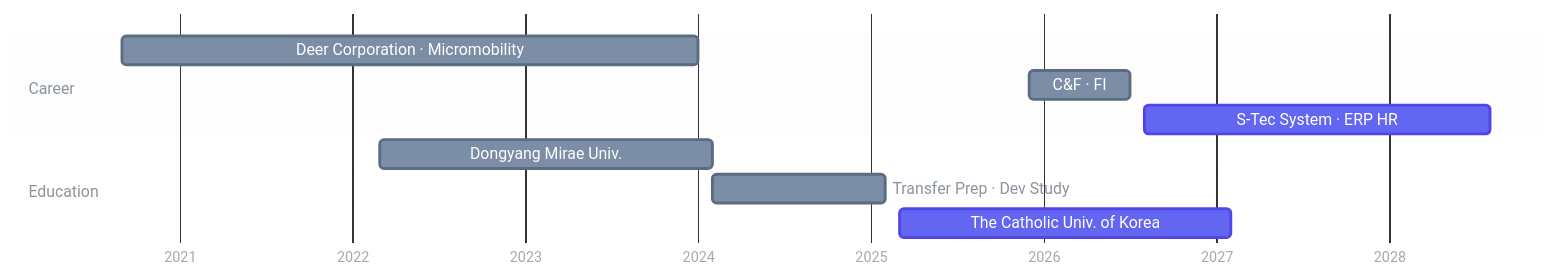
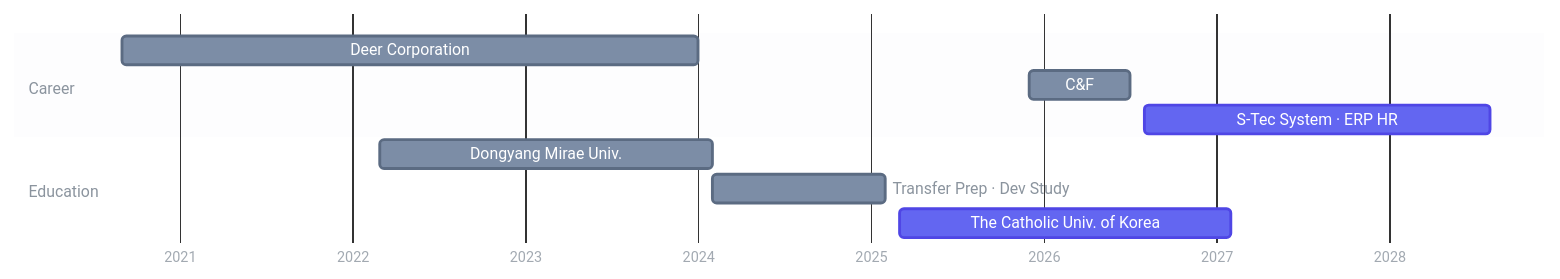
Before and after one commit to Hwasowl/Hwasowl: the diagram in README.md, drawn with Mermaid.

````diff
--- a/README.md
+++ b/README.md
@@ -15,32 +15,32 @@
 ```mermaid
 %%{init: {'theme':'base', 'themeVariables': {
   'fontFamily': '-apple-system, Segoe UI, sans-serif',
   'sectionBkgColor': 'rgba(139,148,158,0.08)',
   'altSectionBkgColor': 'rgba(139,148,158,0.02)',
   'gridColor': 'rgba(139,148,158,0.35)',
   'doneTaskBkgColor': '#7C8DA6',
   'doneTaskBorderColor': '#5B6B82',
   'activeTaskBkgColor': '#6366F1',
   'activeTaskBorderColor': '#4F46E5',
   'taskTextColor': '#FFFFFF',
   'taskTextDarkColor': '#FFFFFF',
   'taskTextLightColor': '#FFFFFF',
   'taskTextOutsideColor': '#8B949E',
   'sectionTitleColor': '#8B949E',
   'titleColor': '#8B949E',
   'textColor': '#8B949E',
   'todayLineColor': '#F43F5E'
 }}}%%
 gantt
     dateFormat YYYY-MM
     axisFormat %Y
     tickInterval 1year
     section Career
-    Deer Corporation · Micromobility  :done,   2020-09, 2024-01
-    C&F · FI                          :done,   2025-12, 2026-07
+    Deer Corporation  :done,   2020-09, 2024-01
+    C&F                          :done,   2025-12, 2026-07
     S-Tec System · ERP HR             :active, 2026-08, 2028-08
     section Education
     Dongyang Mirae Univ. :done,   2022-03, 2024-02
     Transfer Prep · Dev Study                   :done,   2024-02, 2025-02
     The Catholic Univ. of Korea    :active, 2025-03, 2027-02
 ```
````
